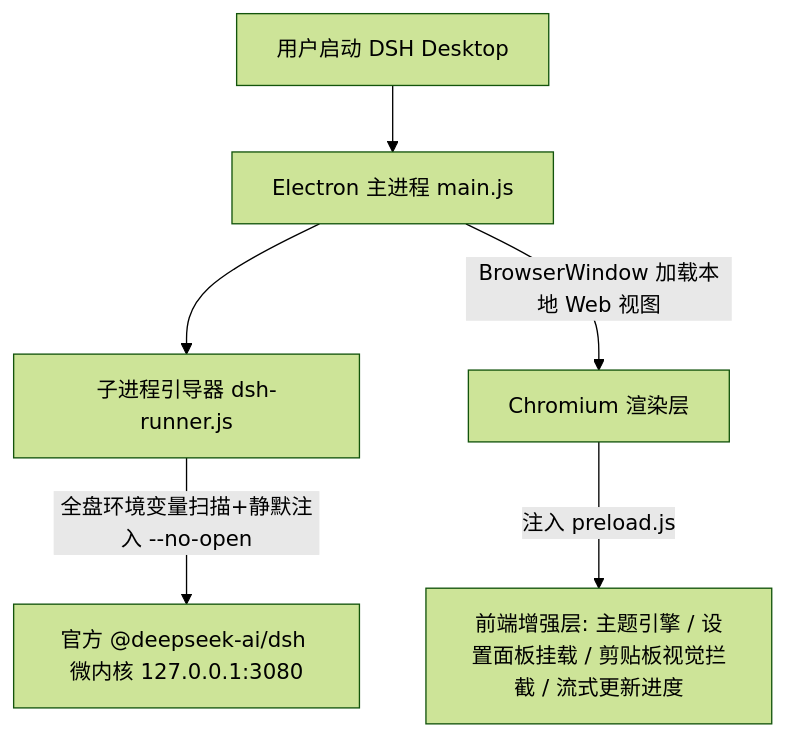
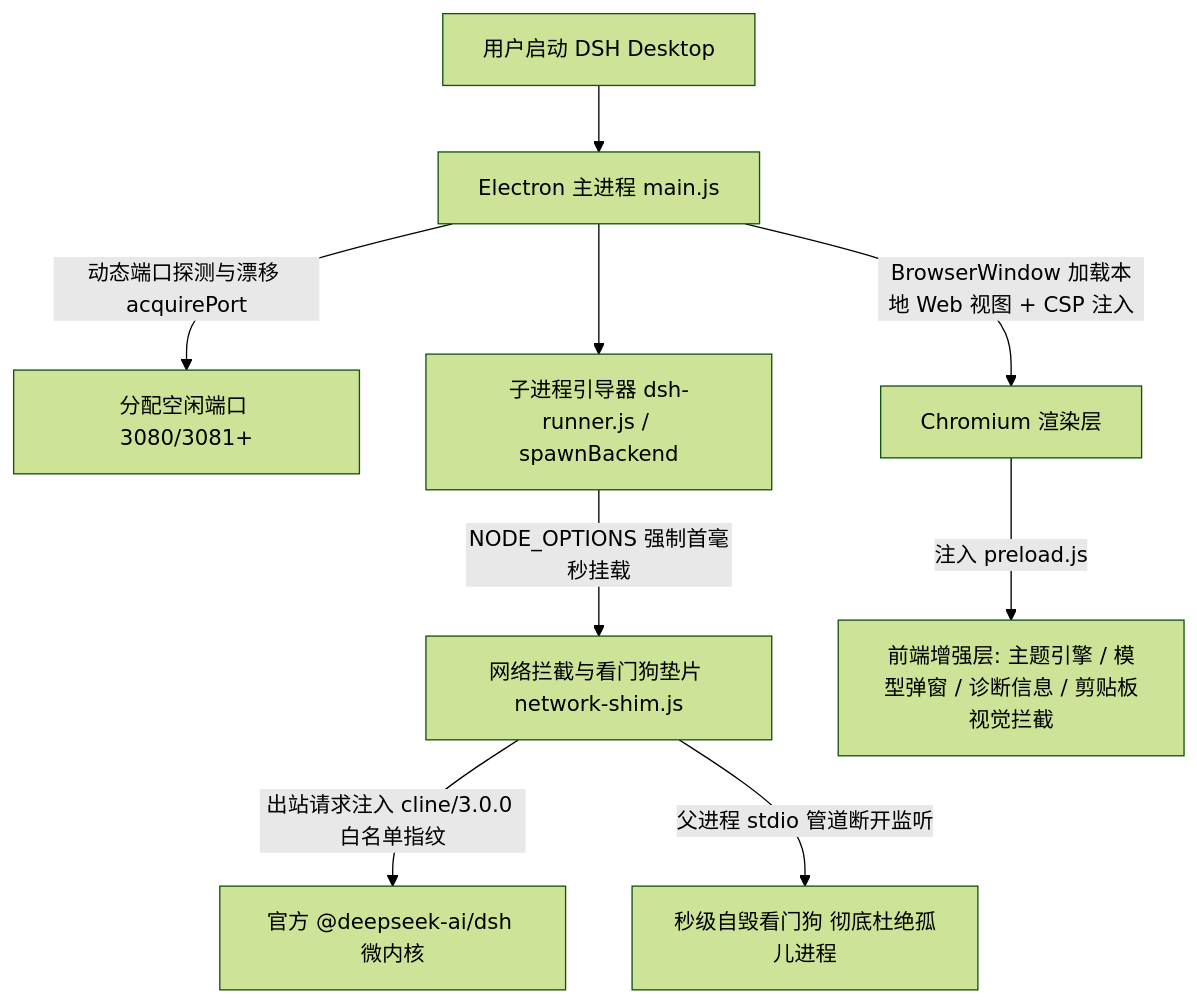
The diagram in contexts/context.md (Simon-yyy/DeepSeek-Harness-DeskTop), drawn with Mermaid (forest theme) before and after one commit. The commit also changed other lines of this file and 16 other files, not shown here.

````diff
--- a/contexts/context.md
+++ b/contexts/context.md
@@ -13,8 +14,11 @@
 ```mermaid
 graph TD
     A[用户启动 DSH Desktop] --> B[Electron 主进程 main.js]
-    B --> C[子进程引导器 dsh-runner.js]
-    C -->|全盘环境变量扫描+静默注入 --no-open| D[官方 @deepseek-ai/dsh 微内核 127.0.0.1:3080]
-    B -->|BrowserWindow 加载本地 Web 视图| E[Chromium 渲染层]
-    E -->|注入 preload.js| F[前端增强层: 主题引擎 / 设置面板挂载 / 剪贴板视觉拦截 / 流式更新进度]
+    B -->|动态端口探测与漂移 acquirePort| B1[分配空闲端口 3080/3081+]
+    B --> C[子进程引导器 dsh-runner.js / spawnBackend]
+    C -->|NODE_OPTIONS 强制首毫秒挂载| S[网络拦截与看门狗垫片 network-shim.js]
+    S -->|出站请求注入 cline/3.0.0 白名单指纹| D[官方 @deepseek-ai/dsh 微内核]
+    S -->|父进程 stdio 管道断开监听| W[秒级自毁看门狗 彻底杜绝孤儿进程]
+    B -->|BrowserWindow 加载本地 Web 视图 + CSP 注入| E[Chromium 渲染层]
+    E -->|注入 preload.js| F[前端增强层: 主题引擎 / 模型弹窗 / 诊断信息 / 剪贴板视觉拦截]
 ```
````
